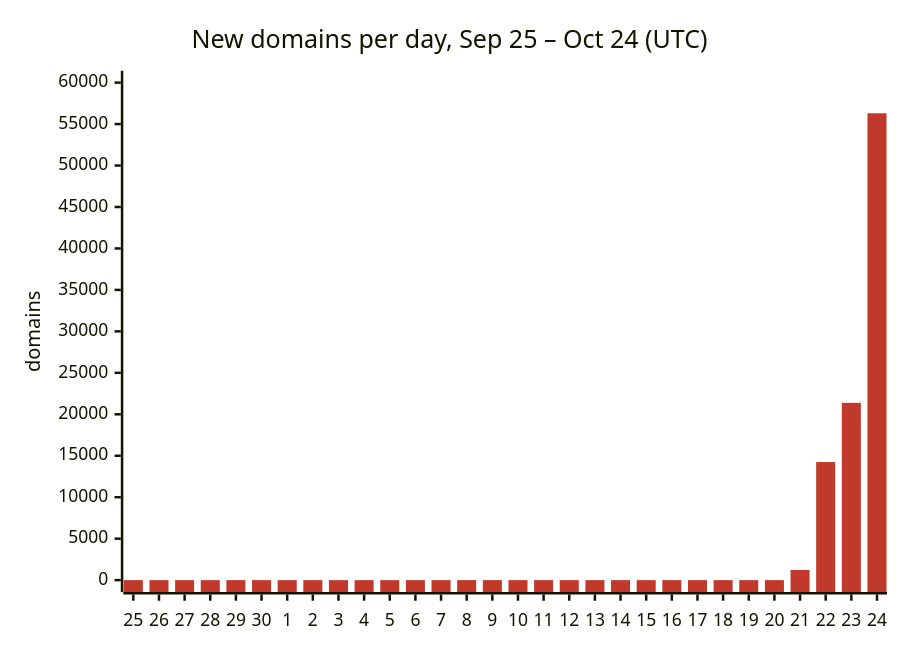
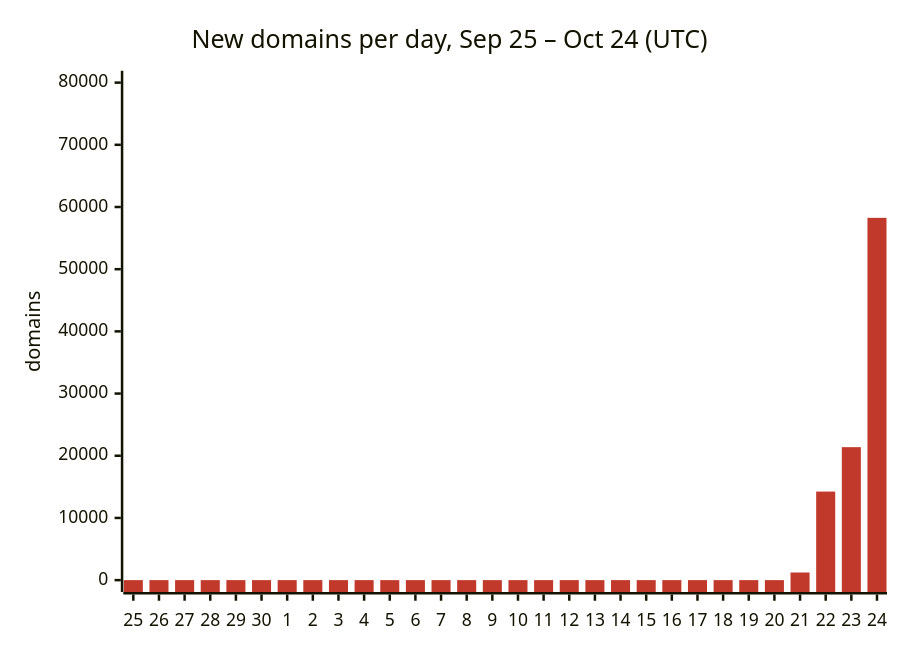
One commit to DNSBunker/CTI changed the first of 3 diagrams in README.md. Above: the diagram before and after it, drawn with Mermaid. The commit also changed other lines of this file and 3 other files, not shown here.

````diff
--- a/README.md
+++ b/README.md
@@ -29,8 +29,8 @@
 ```mermaid
 %%{init: {"themeVariables": {"xyChart": {"plotColorPalette": "#c0392b"}}}}%%
 xychart-beta
     title "New domains per day, Sep 25 – Oct 24 (UTC)"
     x-axis ["25", "26", "27", "28", "29", "30", "1", "2", "3", "4", "5", "6", "7", "8", "9", "10", "11", "12", "13", "14", "15", "16", "17", "18", "19", "20", "21", "22", "23", "24"]
-    y-axis "domains" 0 --> 60000
-    bar [0, 0, 0, 0, 0, 0, 0, 0, 0, 0, 0, 0, 0, 0, 0, 0, 0, 0, 0, 0, 0, 0, 0, 0, 0, 0, 1227, 14240, 21381, 56302]
+    y-axis "domains" 0 --> 80000
+    bar [0, 0, 0, 0, 0, 0, 0, 0, 0, 0, 0, 0, 0, 0, 0, 0, 0, 0, 0, 0, 0, 0, 0, 0, 0, 0, 1227, 14240, 21381, 58256]
 ```
````
